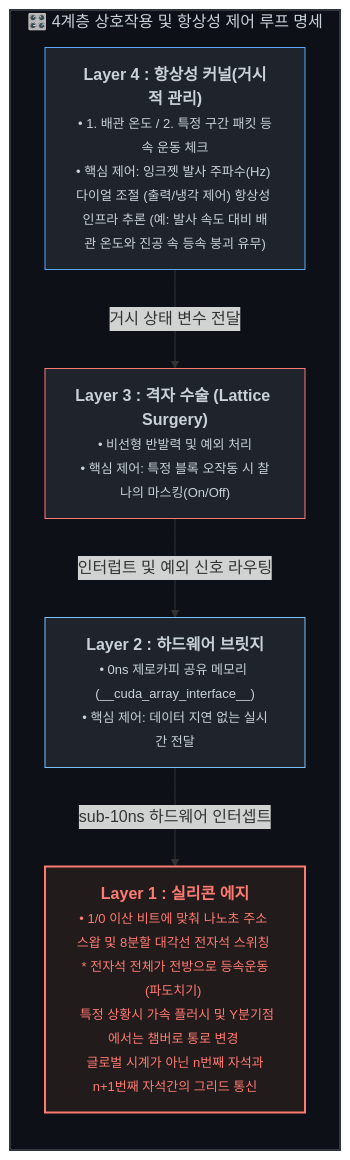
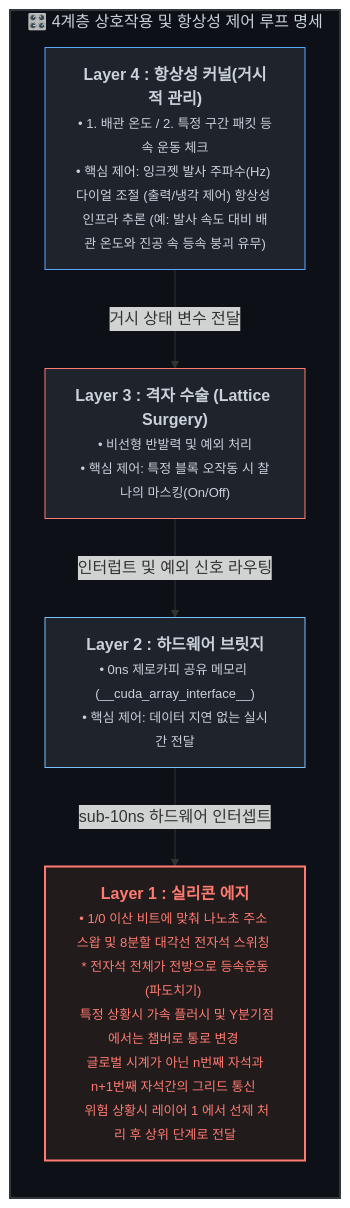
Before and after one commit to PJHkorea/discrete-filament-router-KR: the diagram in README.md, drawn with Mermaid.

````diff
--- a/README.md
+++ b/README.md
@@ -36,33 +36,33 @@
 ```mermaid
 graph TD
     %% 전체 제어 루프 구조 정의
     subgraph SYSTEM_LAYERS ["🎛️ 4계층 상호작용 및 항상성 제어 루프 명세"]
         direction TB
 
         %% Layer 4 정의
         L4["<b>Layer 4 : 항상성 커널(거시적 관리)</b><br><font size=2>• 1. 배관 온도 / 2. 특정 구간 패킷 등속 운동 체크<br>• 핵심 제어: 잉크젯 발사 주파수(Hz) 다이얼 조절 (출력/냉각 제어) 항상성 인프라 추론 (예: 발사 속도 대비 배관 온도와 진공 속 등속 붕괴 유무)</font>"]
 
         %% Layer 3 정의
         L3["<b>Layer 3 : 격자 수술 (Lattice Surgery)</b><br><font size=2>• 비선형 반발력 및 예외 처리<br>• 핵심 제어: 특정 블록 오작동 시 찰나의 마스킹(On/Off)</font>"]
 
         %% Layer 2 정의
         L2["<b>Layer 2 : 하드웨어 브릿지</b><br><font size=2>• 0ns 제로카피 공유 메모리 (__cuda_array_interface__)<br>• 핵심 제어: 데이터 지연 없는 실시간 전달</font>"]
 
         %% Layer 1 정의
-        L1["<b>Layer 1 : 실리콘 에지</b><br><font size=2>• 1/0 이산 비트에 맞춰 나노초 주소 스왑 및 8분할 대각선 전자석 스위칭 * 전자석 전체가 전방으로 등속운동(파도치기) <br> 특정 상황시 가속 플러시 및 Y분기점에서는 챔버로 통로 변경 <br> 글로벌 시계가 아닌 n번째 자석과 n+1번째 자석간의 그리드 통신
+        L1["<b>Layer 1 : 실리콘 에지</b><br><font size=2>• 1/0 이산 비트에 맞춰 나노초 주소 스왑 및 8분할 대각선 전자석 스위칭 * 전자석 전체가 전방으로 등속운동(파도치기) <br> 특정 상황시 가속 플러시 및 Y분기점에서는 챔버로 통로 변경 <br> 글로벌 시계가 아닌 n번째 자석과 n+1번째 자석간의 그리드 통신 <br> 위험 상황시 레이어 1 에서 선제 처리 후 상위 단계로 전달
 </font>"]
 
         %% 하향식 제어 파이프라인 연결
         L4 -->|거시 상태 변수 전달| L3
         L3 -->|인터럽트 및 예외 신호 라우팅| L2
         L2 -->|sub-10ns 하드웨어 인터셉트| L1
     end
 
     %% 🎨 깃허브 파서 안전 규격 스타일링 (줄바꿈 분리)
     style SYSTEM_LAYERS fill:#0d1117,stroke:#30363d,stroke-width:2px,color:#c9d1d9
     
     style L4 fill:#1f242c,stroke:#58a6ff,stroke-width:1px,color:#c9d1d9
     style L3 fill:#1f242c,stroke:#ff7b72,stroke-width:1px,color:#c9d1d9
     style L2 fill:#1f242c,stroke:#79c0ff,stroke-width:1px,color:#c9d1d9
     style L1 fill:#221b1b,stroke:#ff7b72,stroke-width:2px,color:#ff7b72
 ```
````
